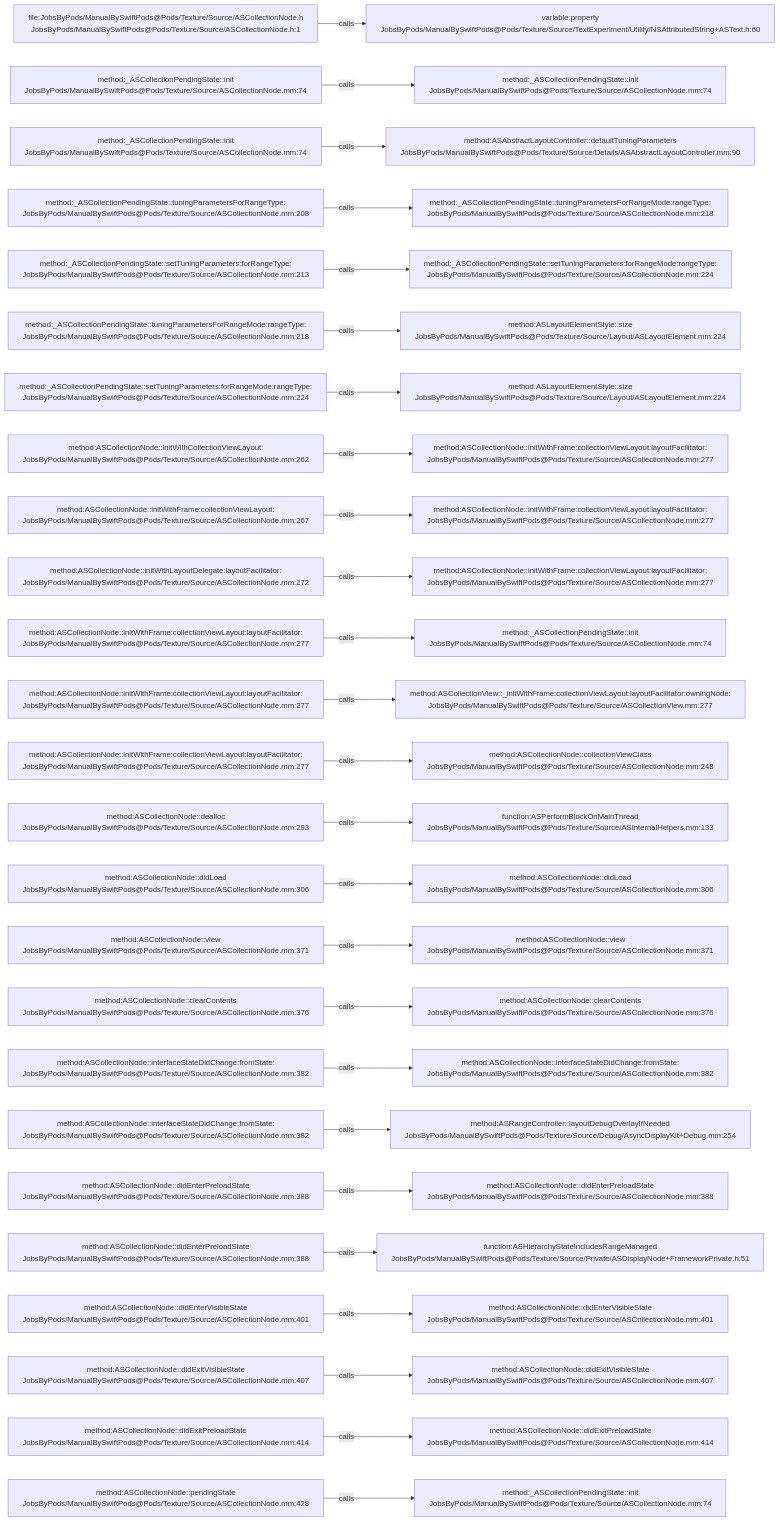
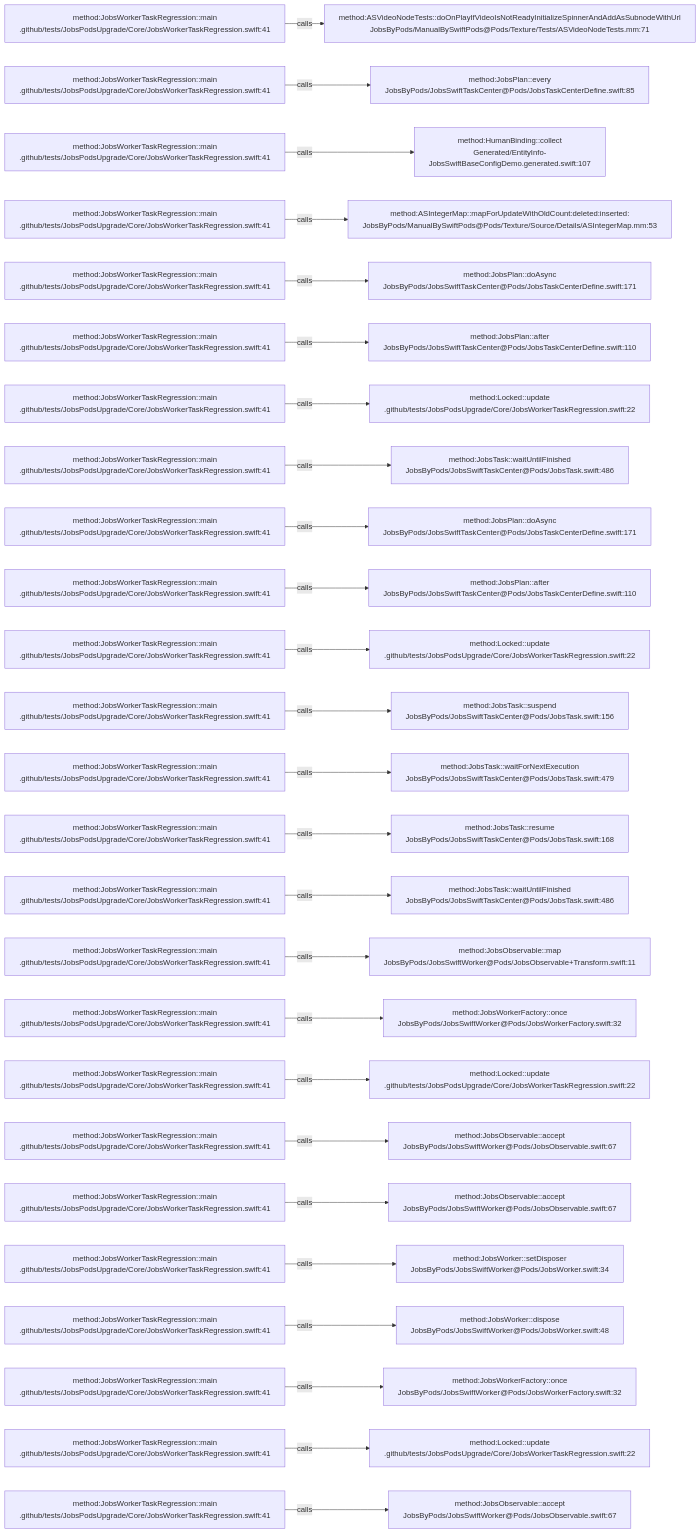
Before and after one commit to JobsKits/JobsSwiftBaseConfigDemo: the diagram in .codegraph/codegraph.md/graphs/calls-007.md, drawn with Mermaid. The commit also changed 224 other files, not shown here.

````diff
--- a/.codegraph/codegraph.md/graphs/calls-007.md
+++ b/.codegraph/codegraph.md/graphs/calls-007.md
@@ -13,78 +13,78 @@
 ```mermaid
 flowchart LR
-  S1["file:JobsByPods/ManualBySwiftPods@Pods/Texture/Source/ASCollectionNode.h<br/>JobsByPods/ManualBySwiftPods@Pods/Texture/Source/ASCollectionNode.h:1"]
-  T1["variable:property<br/>JobsByPods/ManualBySwiftPods@Pods/Texture/Source/TextExperiment/Utility/NSAttributedString+ASText.h:60"]
+  S1["method:JobsWorkerTaskRegression::main<br/>.github/tests/JobsPodsUpgrade/Core/JobsWorkerTaskRegression.swift:41"]
+  T1["method:ASVideoNodeTests::doOnPlayIfVideoIsNotReadyInitializeSpinnerAndAddAsSubnodeWithUrl<br/>JobsByPods/ManualBySwiftPods@Pods/Texture/Tests/ASVideoNodeTests.mm:71"]
   S1 -->|calls| T1
-  S2["method:_ASCollectionPendingState::init<br/>JobsByPods/ManualBySwiftPods@Pods/Texture/Source/ASCollectionNode.mm:74"]
-  T2["method:_ASCollectionPendingState::init<br/>JobsByPods/ManualBySwiftPods@Pods/Texture/Source/ASCollectionNode.mm:74"]
+  S2["method:JobsWorkerTaskRegression::main<br/>.github/tests/JobsPodsUpgrade/Core/JobsWorkerTaskRegression.swift:41"]
+  T2["method:JobsPlan::every<br/>JobsByPods/JobsSwiftTaskCenter@Pods/JobsTaskCenterDefine.swift:85"]
   S2 -->|calls| T2
-  S3["method:_ASCollectionPendingState::init<br/>JobsByPods/ManualBySwiftPods@Pods/Texture/Source/ASCollectionNode.mm:74"]
-  T3["method:ASAbstractLayoutController::defaultTuningParameters<br/>JobsByPods/ManualBySwiftPods@Pods/Texture/Source/Details/ASAbstractLayoutController.mm:90"]
+  S3["method:JobsWorkerTaskRegression::main<br/>.github/tests/JobsPodsUpgrade/Core/JobsWorkerTaskRegression.swift:41"]
+  T3["method:HumanBinding::collect<br/>Generated/EntityInfo-JobsSwiftBaseConfigDemo.generated.swift:107"]
   S3 -->|calls| T3
-  S4["method:_ASCollectionPendingState::tuningParametersForRangeType:<br/>JobsByPods/ManualBySwiftPods@Pods/Texture/Source/ASCollectionNode.mm:208"]
-  T4["method:_ASCollectionPendingState::tuningParametersForRangeMode:rangeType:<br/>JobsByPods/ManualBySwiftPods@Pods/Texture/Source/ASCollectionNode.mm:218"]
+  S4["method:JobsWorkerTaskRegression::main<br/>.github/tests/JobsPodsUpgrade/Core/JobsWorkerTaskRegression.swift:41"]
+  T4["method:ASIntegerMap::mapForUpdateWithOldCount:deleted:inserted:<br/>JobsByPods/ManualBySwiftPods@Pods/Texture/Source/Details/ASIntegerMap.mm:53"]
   S4 -->|calls| T4
-  S5["method:_ASCollectionPendingState::setTuningParameters:forRangeType:<br/>JobsByPods/ManualBySwiftPods@Pods/Texture/Source/ASCollectionNode.mm:213"]
-  T5["method:_ASCollectionPendingState::setTuningParameters:forRangeMode:rangeType:<br/>JobsByPods/ManualBySwiftPods@Pods/Texture/Source/ASCollectionNode.mm:224"]
+  S5["method:JobsWorkerTaskRegression::main<br/>.github/tests/JobsPodsUpgrade/Core/JobsWorkerTaskRegression.swift:41"]
+  T5["method:JobsPlan::doAsync<br/>JobsByPods/JobsSwiftTaskCenter@Pods/JobsTaskCenterDefine.swift:171"]
   S5 -->|calls| T5
-  S6["method:_ASCollectionPendingState::tuningParametersForRangeMode:rangeType:<br/>JobsByPods/ManualBySwiftPods@Pods/Texture/Source/ASCollectionNode.mm:218"]
-  T6["method:ASLayoutElementStyle::size<br/>JobsByPods/ManualBySwiftPods@Pods/Texture/Source/Layout/ASLayoutElement.mm:224"]
+  S6["method:JobsWorkerTaskRegression::main<br/>.github/tests/JobsPodsUpgrade/Core/JobsWorkerTaskRegression.swift:41"]
+  T6["method:JobsPlan::after<br/>JobsByPods/JobsSwiftTaskCenter@Pods/JobsTaskCenterDefine.swift:110"]
   S6 -->|calls| T6
-  S7["method:_ASCollectionPendingState::setTuningParameters:forRangeMode:rangeType:<br/>JobsByPods/ManualBySwiftPods@Pods/Texture/Source/ASCollectionNode.mm:224"]
-  T7["method:ASLayoutElementStyle::size<br/>JobsByPods/ManualBySwiftPods@Pods/Texture/Source/Layout/ASLayoutElement.mm:224"]
+  S7["method:JobsWorkerTaskRegression::main<br/>.github/tests/JobsPodsUpgrade/Core/JobsWorkerTaskRegression.swift:41"]
+  T7["method:Locked::update<br/>.github/tests/JobsPodsUpgrade/Core/JobsWorkerTaskRegression.swift:22"]
   S7 -->|calls| T7
-  S8["method:ASCollectionNode::initWithCollectionViewLayout:<br/>JobsByPods/ManualBySwiftPods@Pods/Texture/Source/ASCollectionNode.mm:262"]
-  T8["method:ASCollectionNode::initWithFrame:collectionViewLayout:layoutFacilitator:<br/>JobsByPods/ManualBySwiftPods@Pods/Texture/Source/ASCollectionNode.mm:277"]
+  S8["method:JobsWorkerTaskRegression::main<br/>.github/tests/JobsPodsUpgrade/Core/JobsWorkerTaskRegression.swift:41"]
+  T8["method:JobsTask::waitUntilFinished<br/>JobsByPods/JobsSwiftTaskCenter@Pods/JobsTask.swift:486"]
   S8 -->|calls| T8
-  S9["method:ASCollectionNode::initWithFrame:collectionViewLayout:<br/>JobsByPods/ManualBySwiftPods@Pods/Texture/Source/ASCollectionNode.mm:267"]
-  T9["method:ASCollectionNode::initWithFrame:collectionViewLayout:layoutFacilitator:<br/>JobsByPods/ManualBySwiftPods@Pods/Texture/Source/ASCollectionNode.mm:277"]
+  S9["method:JobsWorkerTaskRegression::main<br/>.github/tests/JobsPodsUpgrade/Core/JobsWorkerTaskRegression.swift:41"]
+  T9["method:JobsPlan::doAsync<br/>JobsByPods/JobsSwiftTaskCenter@Pods/JobsTaskCenterDefine.swift:171"]
   S9 -->|calls| T9
-  S10["method:ASCollectionNode::initWithLayoutDelegate:layoutFacilitator:<br/>JobsByPods/ManualBySwiftPods@Pods/Texture/Source/ASCollectionNode.mm:272"]
-  T10["method:ASCollectionNode::initWithFrame:collectionViewLayout:layoutFacilitator:<br/>JobsByPods/ManualBySwiftPods@Pods/Texture/Source/ASCollectionNode.mm:277"]
+  S10["method:JobsWorkerTaskRegression::main<br/>.github/tests/JobsPodsUpgrade/Core/JobsWorkerTaskRegression.swift:41"]
+  T10["method:JobsPlan::after<br/>JobsByPods/JobsSwiftTaskCenter@Pods/JobsTaskCenterDefine.swift:110"]
   S10 -->|calls| T10
-  S11["method:ASCollectionNode::initWithFrame:collectionViewLayout:layoutFacilitator:<br/>JobsByPods/ManualBySwiftPods@Pods/Texture/Source/ASCollectionNode.mm:277"]
-  T11["method:_ASCollectionPendingState::init<br/>JobsByPods/ManualBySwiftPods@Pods/Texture/Source/ASCollectionNode.mm:74"]
+  S11["method:JobsWorkerTaskRegression::main<br/>.github/tests/JobsPodsUpgrade/Core/JobsWorkerTaskRegression.swift:41"]
+  T11["method:Locked::update<br/>.github/tests/JobsPodsUpgrade/Core/JobsWorkerTaskRegression.swift:22"]
   S11 -->|calls| T11
-  S12["method:ASCollectionNode::initWithFrame:collectionViewLayout:layoutFacilitator:<br/>JobsByPods/ManualBySwiftPods@Pods/Texture/Source/ASCollectionNode.mm:277"]
-  T12["method:ASCollectionView::_initWithFrame:collectionViewLayout:layoutFacilitator:owningNode:<br/>JobsByPods/ManualBySwiftPods@Pods/Texture/Source/ASCollectionView.mm:277"]
+  S12["method:JobsWorkerTaskRegression::main<br/>.github/tests/JobsPodsUpgrade/Core/JobsWorkerTaskRegression.swift:41"]
+  T12["method:JobsTask::suspend<br/>JobsByPods/JobsSwiftTaskCenter@Pods/JobsTask.swift:156"]
   S12 -->|calls| T12
-  S13["method:ASCollectionNode::initWithFrame:collectionViewLayout:layoutFacilitator:<br/>JobsByPods/ManualBySwiftPods@Pods/Texture/Source/ASCollectionNode.mm:277"]
-  T13["method:ASCollectionNode::collectionViewClass<br/>JobsByPods/ManualBySwiftPods@Pods/Texture/Source/ASCollectionNode.mm:248"]
+  S13["method:JobsWorkerTaskRegression::main<br/>.github/tests/JobsPodsUpgrade/Core/JobsWorkerTaskRegression.swift:41"]
+  T13["method:JobsTask::waitForNextExecution<br/>JobsByPods/JobsSwiftTaskCenter@Pods/JobsTask.swift:479"]
   S13 -->|calls| T13
-  S14["method:ASCollectionNode::dealloc<br/>JobsByPods/ManualBySwiftPods@Pods/Texture/Source/ASCollectionNode.mm:293"]
-  T14["function:ASPerformBlockOnMainThread<br/>JobsByPods/ManualBySwiftPods@Pods/Texture/Source/ASInternalHelpers.mm:133"]
+  S14["method:JobsWorkerTaskRegression::main<br/>.github/tests/JobsPodsUpgrade/Core/JobsWorkerTaskRegression.swift:41"]
+  T14["method:JobsTask::resume<br/>JobsByPods/JobsSwiftTaskCenter@Pods/JobsTask.swift:168"]
   S14 -->|calls| T14
-  S15["method:ASCollectionNode::didLoad<br/>JobsByPods/ManualBySwiftPods@Pods/Texture/Source/ASCollectionNode.mm:306"]
-  T15["method:ASCollectionNode::didLoad<br/>JobsByPods/ManualBySwiftPods@Pods/Texture/Source/ASCollectionNode.mm:306"]
+  S15["method:JobsWorkerTaskRegression::main<br/>.github/tests/JobsPodsUpgrade/Core/JobsWorkerTaskRegression.swift:41"]
+  T15["method:JobsTask::waitUntilFinished<br/>JobsByPods/JobsSwiftTaskCenter@Pods/JobsTask.swift:486"]
   S15 -->|calls| T15
-  S16["method:ASCollectionNode::view<br/>JobsByPods/ManualBySwiftPods@Pods/Texture/Source/ASCollectionNode.mm:371"]
-  T16["method:ASCollectionNode::view<br/>JobsByPods/ManualBySwiftPods@Pods/Texture/Source/ASCollectionNode.mm:371"]
+  S16["method:JobsWorkerTaskRegression::main<br/>.github/tests/JobsPodsUpgrade/Core/JobsWorkerTaskRegression.swift:41"]
+  T16["method:JobsObservable::map<br/>JobsByPods/JobsSwiftWorker@Pods/JobsObservable+Transform.swift:11"]
   S16 -->|calls| T16
-  S17["method:ASCollectionNode::clearContents<br/>JobsByPods/ManualBySwiftPods@Pods/Texture/Source/ASCollectionNode.mm:376"]
-  T17["method:ASCollectionNode::clearContents<br/>JobsByPods/ManualBySwiftPods@Pods/Texture/Source/ASCollectionNode.mm:376"]
+  S17["method:JobsWorkerTaskRegression::main<br/>.github/tests/JobsPodsUpgrade/Core/JobsWorkerTaskRegression.swift:41"]
+  T17["method:JobsWorkerFactory::once<br/>JobsByPods/JobsSwiftWorker@Pods/JobsWorkerFactory.swift:32"]
   S17 -->|calls| T17
-  S18["method:ASCollectionNode::interfaceStateDidChange:fromState:<br/>JobsByPods/ManualBySwiftPods@Pods/Texture/Source/ASCollectionNode.mm:382"]
-  T18["method:ASCollectionNode::interfaceStateDidChange:fromState:<br/>JobsByPods/ManualBySwiftPods@Pods/Texture/Source/ASCollectionNode.mm:382"]
+  S18["method:JobsWorkerTaskRegression::main<br/>.github/tests/JobsPodsUpgrade/Core/JobsWorkerTaskRegression.swift:41"]
+  T18["method:Locked::update<br/>.github/tests/JobsPodsUpgrade/Core/JobsWorkerTaskRegression.swift:22"]
   S18 -->|calls| T18
-  S19["method:ASCollectionNode::interfaceStateDidChange:fromState:<br/>JobsByPods/ManualBySwiftPods@Pods/Texture/Source/ASCollectionNode.mm:382"]
-  T19["method:ASRangeController::layoutDebugOverlayIfNeeded<br/>JobsByPods/ManualBySwiftPods@Pods/Texture/Source/Debug/AsyncDisplayKit+Debug.mm:254"]
+  S19["method:JobsWorkerTaskRegression::main<br/>.github/tests/JobsPodsUpgrade/Core/JobsWorkerTaskRegression.swift:41"]
+  T19["method:JobsObservable::accept<br/>JobsByPods/JobsSwiftWorker@Pods/JobsObservable.swift:67"]
   S19 -->|calls| T19
-  S20["method:ASCollectionNode::didEnterPreloadState<br/>JobsByPods/ManualBySwiftPods@Pods/Texture/Source/ASCollectionNode.mm:388"]
-  T20["method:ASCollectionNode::didEnterPreloadState<br/>JobsByPods/ManualBySwiftPods@Pods/Texture/Source/ASCollectionNode.mm:388"]
+  S20["method:JobsWorkerTaskRegression::main<br/>.github/tests/JobsPodsUpgrade/Core/JobsWorkerTaskRegression.swift:41"]
+  T20["method:JobsObservable::accept<br/>JobsByPods/JobsSwiftWorker@Pods/JobsObservable.swift:67"]
   S20 -->|calls| T20
-  S21["method:ASCollectionNode::didEnterPreloadState<br/>JobsByPods/ManualBySwiftPods@Pods/Texture/Source/ASCollectionNode.mm:388"]
-  T21["function:ASHierarchyStateIncludesRangeManaged<br/>JobsByPods/ManualBySwiftPods@Pods/Texture/Source/Private/ASDisplayNode+FrameworkPrivate.h:51"]
+  S21["method:JobsWorkerTaskRegression::main<br/>.github/tests/JobsPodsUpgrade/Core/JobsWorkerTaskRegression.swift:41"]
+  T21["method:JobsWorker::setDisposer<br/>JobsByPods/JobsSwiftWorker@Pods/JobsWorker.swift:34"]
   S21 -->|calls| T21
-  S22["method:ASCollectionNode::didEnterVisibleState<br/>JobsByPods/ManualBySwiftPods@Pods/Texture/Source/ASCollectionNode.mm:401"]
-  T22["method:ASCollectionNode::didEnterVisibleState<br/>JobsByPods/ManualBySwiftPods@Pods/Texture/Source/ASCollectionNode.mm:401"]
+  S22["method:JobsWorkerTaskRegression::main<br/>.github/tests/JobsPodsUpgrade/Core/JobsWorkerTaskRegression.swift:41"]
+  T22["method:JobsWorker::dispose<br/>JobsByPods/JobsSwiftWorker@Pods/JobsWorker.swift:48"]
   S22 -->|calls| T22
-  S23["method:ASCollectionNode::didExitVisibleState<br/>JobsByPods/ManualBySwiftPods@Pods/Texture/Source/ASCollectionNode.mm:407"]
-  T23["method:ASCollectionNode::didExitVisibleState<br/>JobsByPods/ManualBySwiftPods@Pods/Texture/Source/ASCollectionNode.mm:407"]
+  S23["method:JobsWorkerTaskRegression::main<br/>.github/tests/JobsPodsUpgrade/Core/JobsWorkerTaskRegression.swift:41"]
+  T23["method:JobsWorkerFactory::once<br/>JobsByPods/JobsSwiftWorker@Pods/JobsWorkerFactory.swift:32"]
   S23 -->|calls| T23
-  S24["method:ASCollectionNode::didExitPreloadState<br/>JobsByPods/ManualBySwiftPods@Pods/Texture/Source/ASCollectionNode.mm:414"]
-  T24["method:ASCollectionNode::didExitPreloadState<br/>JobsByPods/ManualBySwiftPods@Pods/Texture/Source/ASCollectionNode.mm:414"]
+  S24["method:JobsWorkerTaskRegression::main<br/>.github/tests/JobsPodsUpgrade/Core/JobsWorkerTaskRegression.swift:41"]
+  T24["method:Locked::update<br/>.github/tests/JobsPodsUpgrade/Core/JobsWorkerTaskRegression.swift:22"]
   S24 -->|calls| T24
-  S25["method:ASCollectionNode::pendingState<br/>JobsByPods/ManualBySwiftPods@Pods/Texture/Source/ASCollectionNode.mm:428"]
-  T25["method:_ASCollectionPendingState::init<br/>JobsByPods/ManualBySwiftPods@Pods/Texture/Source/ASCollectionNode.mm:74"]
+  S25["method:JobsWorkerTaskRegression::main<br/>.github/tests/JobsPodsUpgrade/Core/JobsWorkerTaskRegression.swift:41"]
+  T25["method:JobsObservable::accept<br/>JobsByPods/JobsSwiftWorker@Pods/JobsObservable.swift:67"]
   S25 -->|calls| T25
 ```
````
